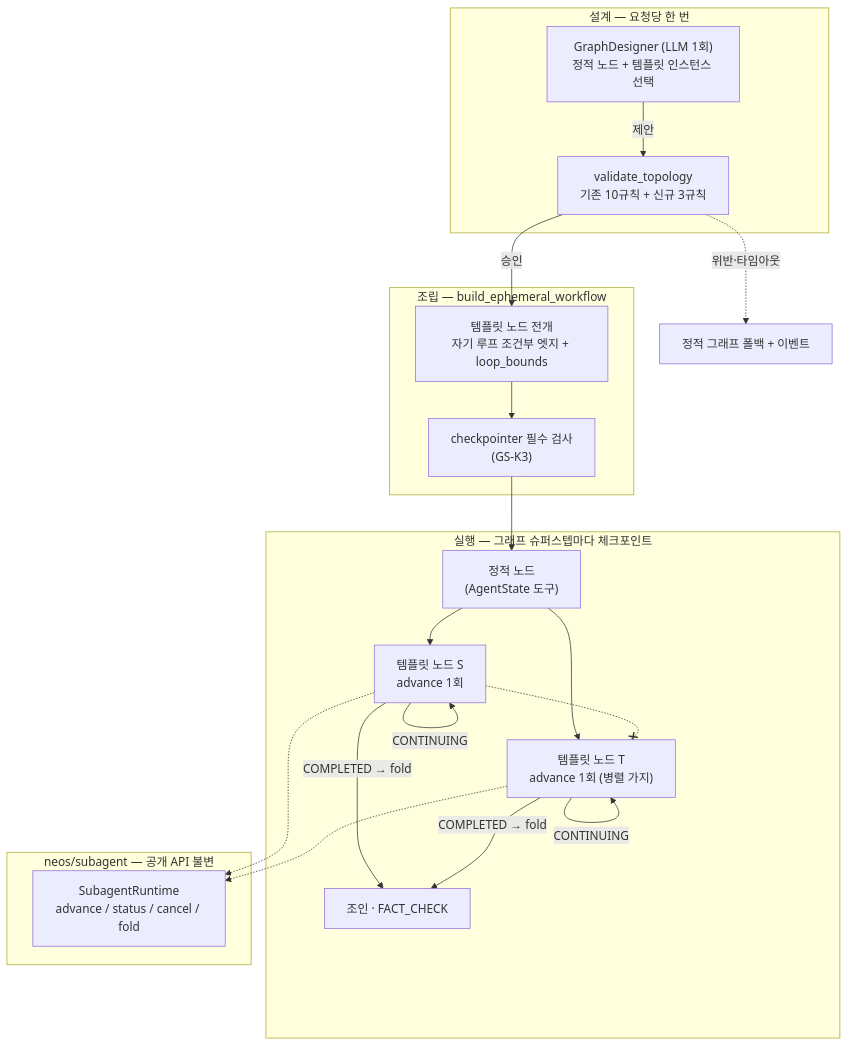
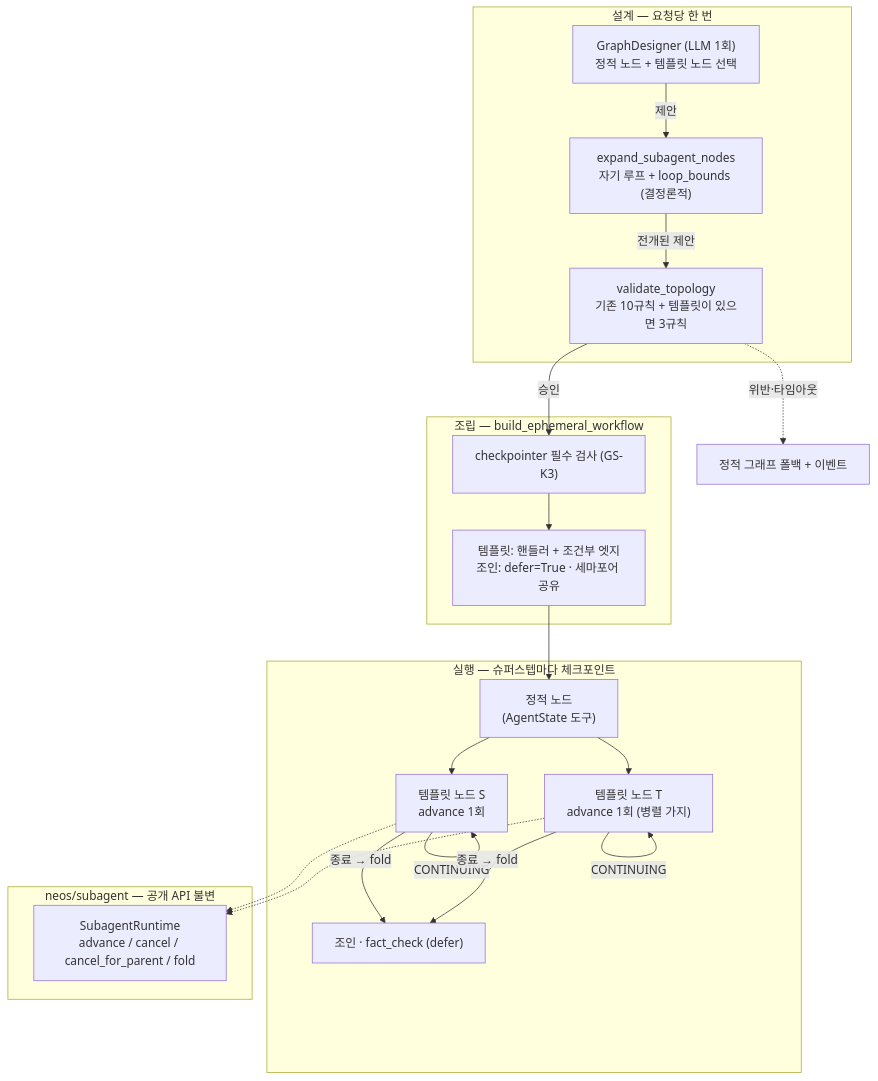
One commit to NEOS-AI/neos changed the diagram in docs/GRAPH_SUBAGENT_INTEGRATION_DESIGN.md. Above: the diagram before and after it, drawn with Mermaid. The commit also changed other lines of this file, not shown here.

Commit message:
docs: correct the subagent graph node spec against the code

````diff
--- a/docs/GRAPH_SUBAGENT_INTEGRATION_DESIGN.md
+++ b/docs/GRAPH_SUBAGENT_INTEGRATION_DESIGN.md
@@ -138,35 +173,35 @@
 ```mermaid
 flowchart TB
     subgraph design [설계 — 요청당 한 번]
-        D["GraphDesigner (LLM 1회)<br/>정적 노드 + 템플릿 인스턴스 선택"]
-        V["validate_topology<br/>기존 10규칙 + 신규 3규칙"]
-        D -->|제안| V
+        D["GraphDesigner (LLM 1회)<br/>정적 노드 + 템플릿 노드 선택"]
+        X["expand_subagent_nodes<br/>자기 루프 + loop_bounds (결정론적)"]
+        V["validate_topology<br/>기존 10규칙 + 템플릿이 있으면 3규칙"]
+        D -->|제안| X -->|전개된 제안| V
     end
 
     subgraph build [조립 — build_ephemeral_workflow]
-        E["템플릿 노드 전개<br/>자기 루프 조건부 엣지 + loop_bounds"]
-        G["checkpointer 필수 검사<br/>(GS-K3)"]
+        G["checkpointer 필수 검사 (GS-K3)"]
+        E["템플릿: 핸들러 + 조건부 엣지<br/>조인: defer=True · 세마포어 공유"]
     end
 
-    subgraph run [실행 — 그래프 슈퍼스텝마다 체크포인트]
+    subgraph run [실행 — 슈퍼스텝마다 체크포인트]
         N1["정적 노드<br/>(AgentState 도구)"]
         S1["템플릿 노드 S<br/>advance 1회"]
         S2["템플릿 노드 T<br/>advance 1회 (병렬 가지)"]
-        J["조인 · FACT_CHECK"]
+        J["조인 · fact_check (defer)"]
     end
 
     subgraph rt [neos/subagent — 공개 API 불변]
-        RT["SubagentRuntime<br/>advance / status / cancel / fold"]
+        RT["SubagentRuntime<br/>advance / cancel / cancel_for_parent / fold"]
     end
 
-    V -->|승인| E --> G --> N1
+    V -->|승인| G --> E --> N1
     N1 --> S1 & S2
     S1 -->|CONTINUING| S1
     S2 -->|CONTINUING| S2
-    S1 -->|COMPLETED → fold| J
-    S2 -->|COMPLETED → fold| J
+    S1 -->|종료 → fold| J
+    S2 -->|종료 → fold| J
     S1 -.-> RT
     S2 -.-> RT
-    S1 -.-x S2
     V -.->|위반·타임아웃| F["정적 그래프 폴백 + 이벤트"]
 ```
````
